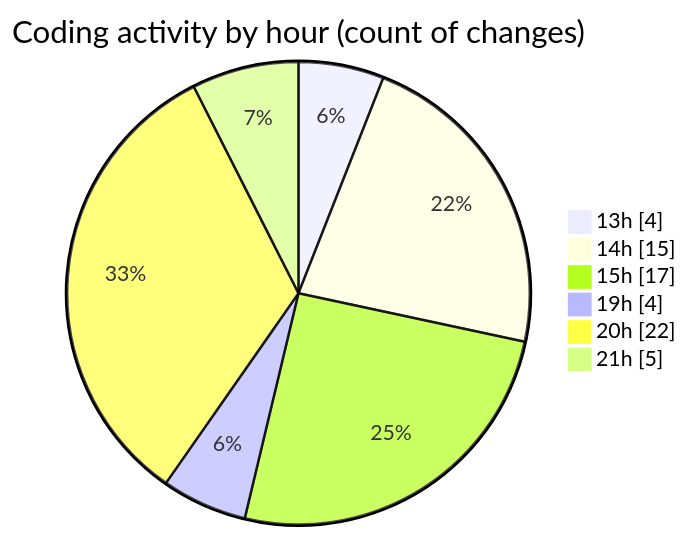
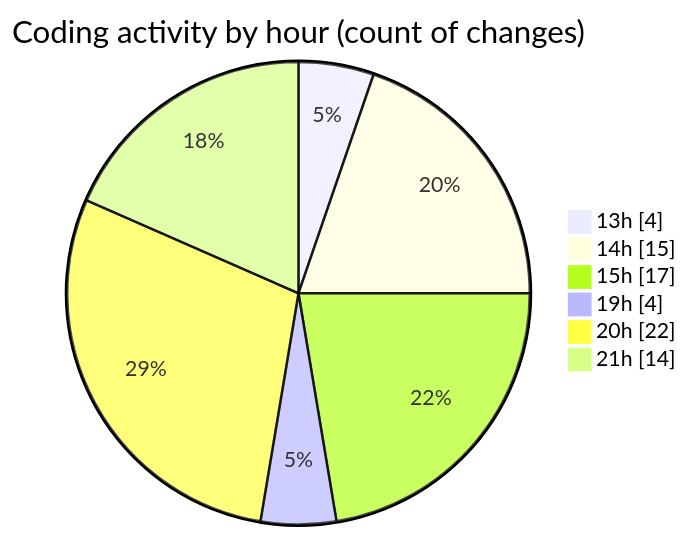
One commit to Ritupan-Deka/code-tracking changed the second of 2 diagrams in 2025-01-21/projects/README.md. Above: the diagram before and after it, drawn with Mermaid. The commit also changed other lines of this file and 1 other file, not shown here.

````diff
--- a/2025-01-21/projects/README.md
+++ b/2025-01-21/projects/README.md
@@ -42,10 +42,10 @@
 ```mermaid
 pie showData
 title Coding activity by hour (count of changes)
 "13h" : 4
 "14h" : 15
 "15h" : 17
 "19h" : 4
 "20h" : 22
-"21h" : 5
+"21h" : 14
 ```
````
